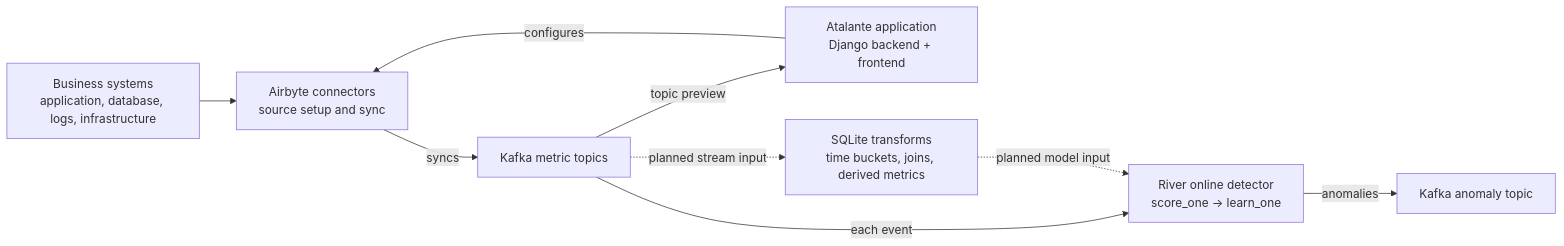
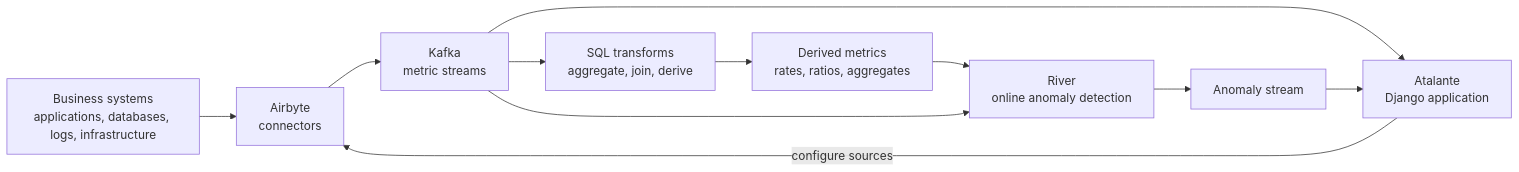
One commit to sandeepbele/atalante-streaming-anomaly-api changed the diagram in README.md. Above: the diagram before and after it, drawn with Mermaid. The commit also changed other lines of this file and 64 other files, not shown here.

Commit message:
Rename Atalante application and update README

````diff
--- a/README.md
+++ b/README.md
@@ -17,19 +46,22 @@
 ```mermaid
 flowchart LR
-    sources["Business systems<br/>application, database, logs, infrastructure"]
-    app["Atalante application<br/>Django backend + frontend"]
-    airbyte["Airbyte connectors<br/>source setup and sync"]
-    kafka["Kafka metric topics"]
-    sqlite["SQLite transforms<br/>time buckets, joins, derived metrics"]
-    river["River online detector<br/>score_one → learn_one"]
-    anomalies["Kafka anomaly topic"]
+    sources["Business systems<br/>applications, databases, logs, infrastructure"]
+    airbyte["Airbyte<br/>connectors"]
+    kafka["Kafka<br/>metric streams"]
+    transforms["SQL transforms<br/>aggregate, join, derive"]
+    metrics["Derived metrics<br/>rates, ratios, aggregates"]
+    river["River<br/>online anomaly detection"]
+    anomalies["Anomaly stream"]
+    app["Atalante<br/>Django application"]
 
-    app -->|configures| airbyte
+    app -->|configure sources| airbyte
     sources --> airbyte
-    airbyte -->|syncs| kafka
-    kafka -->|each event| river
-    river -->|anomalies| anomalies
-    kafka -->|topic preview| app
-    kafka -.->|planned stream input| sqlite
-    sqlite -.->|planned model input| river
+    airbyte --> kafka
+    kafka --> transforms
+    transforms --> metrics
+    metrics --> river
+    kafka --> river
+    river --> anomalies
+    kafka --> app
+    anomalies --> app
 ```
````
